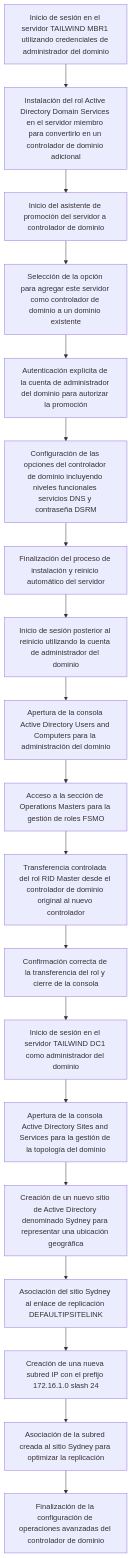
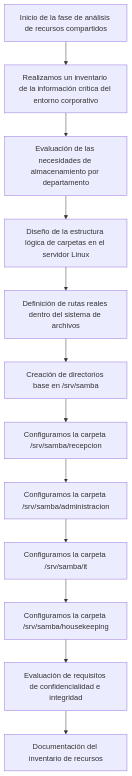
The second of 8 diagrams in Proyecto guiado (Lidia Navarro).md (lidnavlop/SMR2-SOR-HOTEL_VALENCLOUD), drawn with Mermaid before and after one commit. The commit also changed other lines of this file, not shown here.

First line of the commit message:
PROYECTO SAMBA

````diff
--- a/Proyecto guiado (Lidia Navarro).md
+++ b/Proyecto guiado (Lidia Navarro).md
@@ -20,24 +23,17 @@
 ```mermaid
 flowchart TD
-    A[Inicio de sesión en el servidor TAILWIND MBR1 utilizando credenciales de administrador del dominio] --> B[Instalación del rol Active Directory Domain Services en el servidor miembro para convertirlo en un controlador de dominio adicional]
-    B --> C[Inicio del asistente de promoción del servidor a controlador de dominio]
-    C --> D[Selección de la opción para agregar este servidor como controlador de dominio a un dominio existente]
-    D --> E[Autenticación explícita de la cuenta de administrador del dominio para autorizar la promoción]
-    E --> F[Configuración de las opciones del controlador de dominio incluyendo niveles funcionales servicios DNS y contraseña DSRM]
-    F --> G[Finalización del proceso de instalación y reinicio automático del servidor]
+    A[Inicio de la fase de análisis de recursos compartidos] --> B[Realizamos un inventario de la información crítica del entorno corporativo]
+    B --> C[Evaluación de las necesidades de almacenamiento por departamento]
+    C --> D[Diseño de la estructura lógica de carpetas en el servidor Linux]
 
-    G --> H[Inicio de sesión posterior al reinicio utilizando la cuenta de administrador del dominio]
-    H --> I[Apertura de la consola Active Directory Users and Computers para la administración del dominio]
-    I --> J[Acceso a la sección de Operations Masters para la gestión de roles FSMO]
-    J --> K[Transferencia controlada del rol RID Master desde el controlador de dominio original al nuevo controlador]
-    K --> L[Confirmación correcta de la transferencia del rol y cierre de la consola]
+    D --> E[Definición de rutas reales dentro del sistema de archivos]
+    E --> F[Creación de directorios base en /srv/samba]
 
-    L --> M[Inicio de sesión en el servidor TAILWIND DC1 como administrador del dominio]
-    M --> N[Apertura de la consola Active Directory Sites and Services para la gestión de la topología del dominio]
-    N --> O[Creación de un nuevo sitio de Active Directory denominado Sydney para representar una ubicación geográfica]
-    O --> P[Asociación del sitio Sydney al enlace de replicación DEFAULTIPSITELINK]
-    P --> Q[Creación de una nueva subred IP con el prefijo 172.16.1.0 slash 24]
-    Q --> R[Asociación de la subred creada al sitio Sydney para optimizar la replicación]
-    R --> S[Finalización de la configuración de operaciones avanzadas del controlador de dominio]
+    F --> G[Configuramos la carpeta /srv/samba/recepcion]
+    G --> H[Configuramos la carpeta /srv/samba/administracion]
+    H --> I[Configuramos la carpeta /srv/samba/it]
+    I --> J[Configuramos la carpeta /srv/samba/housekeeping]
 
+    J --> K[Evaluación de requisitos de confidencialidad e integridad]
+    K --> L[Documentación del inventario de recursos]
 ```
````
